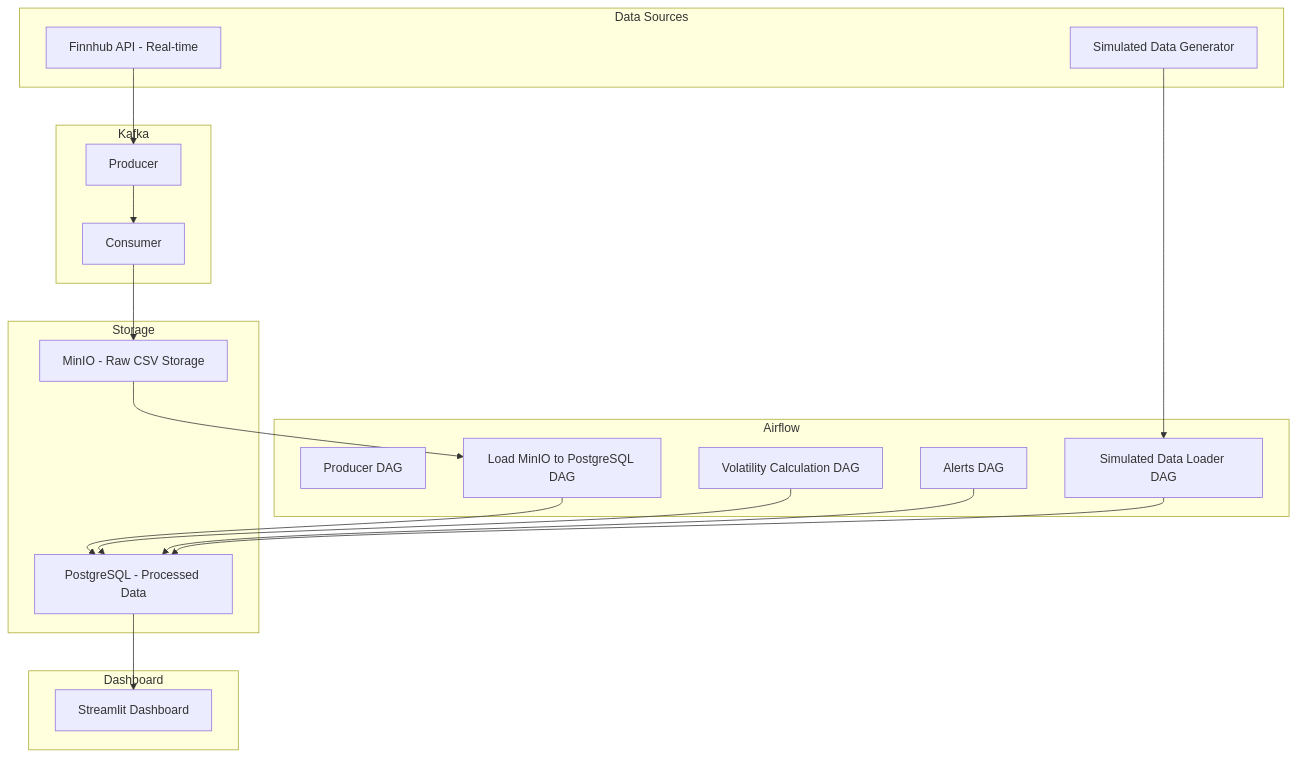
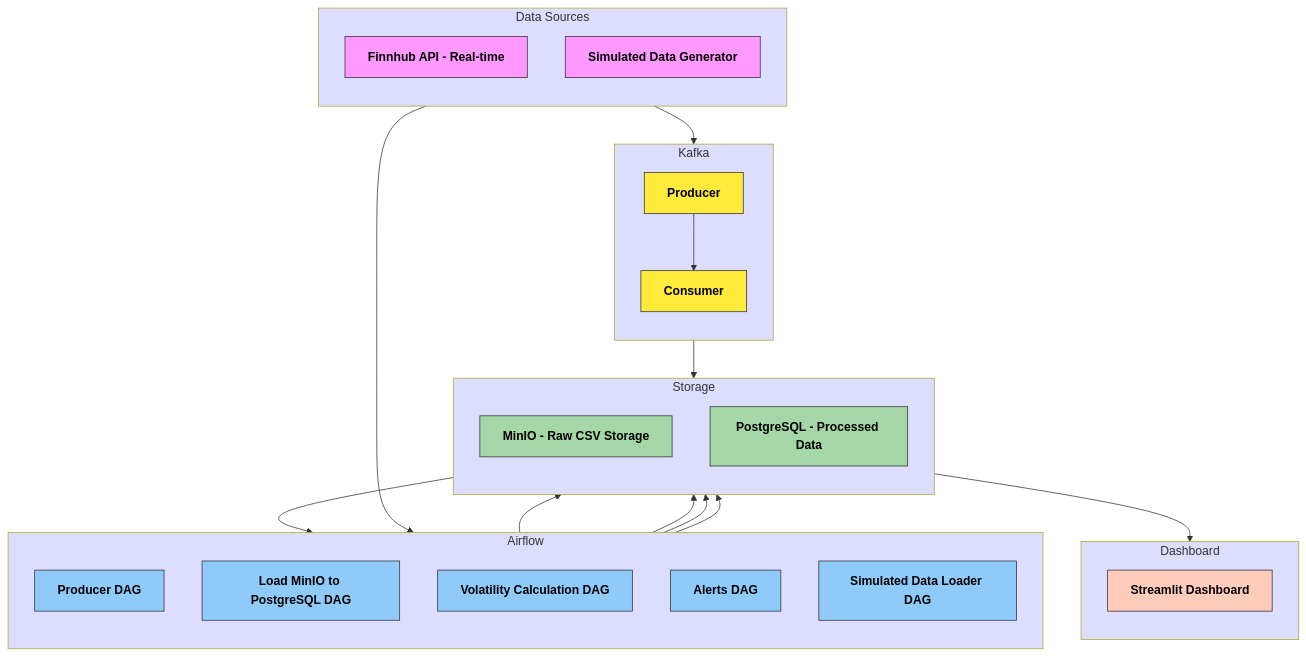
Before and after one commit to Cvakapoor/stock-data-pipeline: the diagram in README.md, drawn with Mermaid. The commit also changed other lines of this file, not shown here.

````diff
--- a/README.md
+++ b/README.md
@@ -30,40 +30,52 @@
 ```mermaid
+%%{init: {'themeVariables': { 'primaryColor': '#f9f', 'edgeLabelBackground':'#eee', 'clusterBkg': '#ddf'}}}%%
 graph TD
+    classDef source fill:#f9f,stroke:#333,stroke-width:1px,color:#000,font-weight:bold;
+    classDef kafka fill:#ffeb3b,stroke:#333,stroke-width:1px,color:#000,font-weight:bold;
+    classDef airflow fill:#90caf9,stroke:#333,stroke-width:1px,color:#000,font-weight:bold;
+    classDef storage fill:#a5d6a7,stroke:#333,stroke-width:1px,color:#000,font-weight:bold;
+    classDef dashboard fill:#ffccbc,stroke:#333,stroke-width:1px,color:#000,font-weight:bold;
+
     subgraph Data Sources
-        A1[Finnhub API - Real-time]
-        A2[Simulated Data Generator]
+        direction TB
+        A1[Finnhub API - Real-time]:::source
+        A2[Simulated Data Generator]:::source
     end
 
     subgraph Kafka
-        B1[Producer]
-        B2[Consumer]
+        direction TB
+        B1[Producer]:::kafka
+        B2[Consumer]:::kafka
     end
 
     subgraph Airflow
-        C1[Producer DAG]
-        C2[Load MinIO to PostgreSQL DAG]
-        C3[Volatility Calculation DAG]
-        C4[Alerts DAG]
-        C5[Simulated Data Loader DAG]
+        direction TB
+        C1[Producer DAG]:::airflow
+        C2[Load MinIO to PostgreSQL DAG]:::airflow
+        C3[Volatility Calculation DAG]:::airflow
+        C4[Alerts DAG]:::airflow
+        C5[Simulated Data Loader DAG]:::airflow
     end
 
     subgraph Storage
-        D1[MinIO - Raw CSV Storage]
-        D2[PostgreSQL - Processed Data]
+        direction TB
+        D1[MinIO - Raw CSV Storage]:::storage
+        D2[PostgreSQL - Processed Data]:::storage
     end
 
     subgraph Dashboard
-        E1[Streamlit Dashboard]
+        direction TB
+        E1[Streamlit Dashboard]:::dashboard
     end
 
     A1 --> B1
     A2 --> C5
     B1 --> B2
     B2 --> D1
     D1 --> C2
     C2 --> D2
     C3 --> D2
     C4 --> D2
     C5 --> D2
     D2 --> E1
 ```
````
